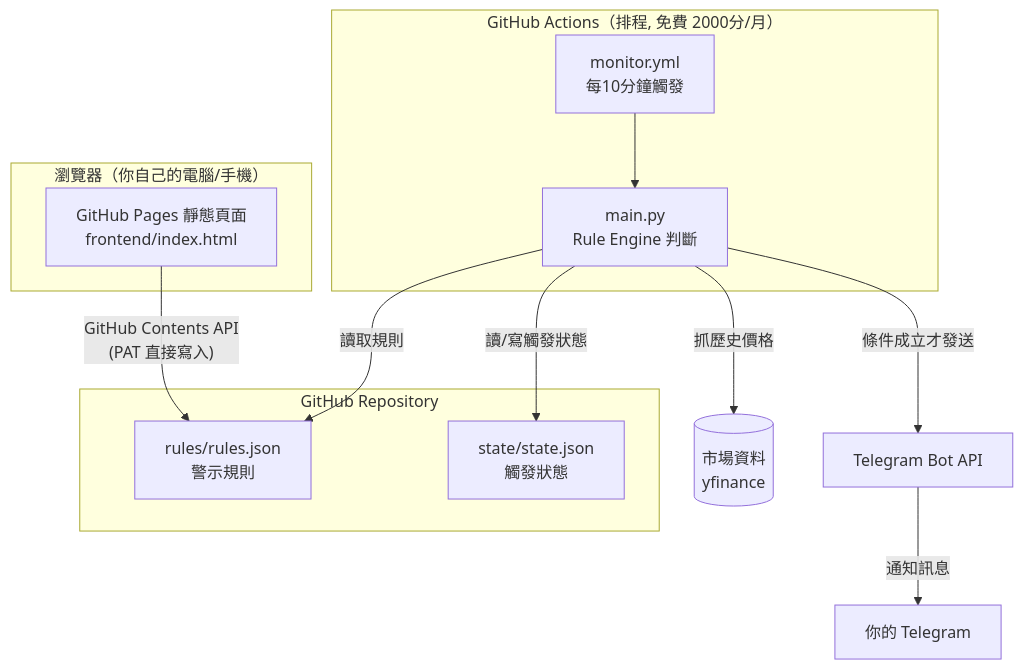
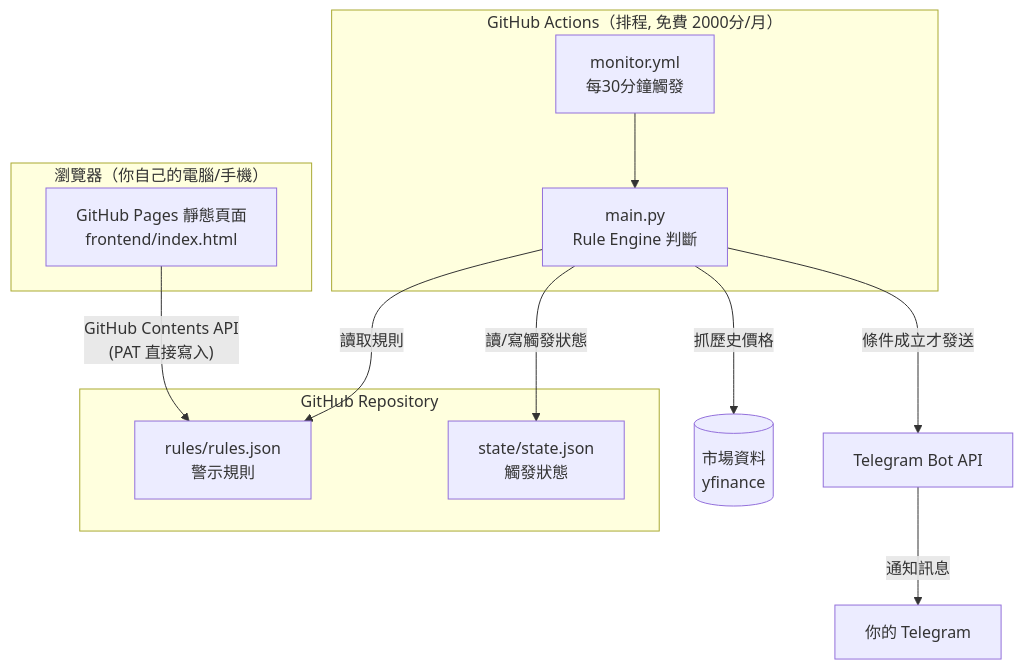
Before and after one commit to harvey20072000/stock-alert-system: the diagram in README.md, drawn with Mermaid. The commit also changed other lines of this file, not shown here.

````diff
--- a/README.md
+++ b/README.md
@@ -8,27 +8,27 @@
 ```mermaid
 flowchart TD
     subgraph Browser["瀏覽器（你自己的電腦/手機）"]
         UI[GitHub Pages 靜態頁面<br/>frontend/index.html]
     end
 
     subgraph Repo["GitHub Repository"]
         RJ[rules/rules.json<br/>警示規則]
         SJ[state/state.json<br/>觸發狀態]
     end
 
     subgraph Actions["GitHub Actions（排程, 免費 2000分/月）"]
-        CRON[monitor.yml<br/>每10分鐘觸發]
+        CRON[monitor.yml<br/>每30分鐘觸發]
         PY[main.py<br/>Rule Engine 判斷]
     end
 
     Market[("市場資料<br/>yfinance")]
     TG[Telegram Bot API]
 
     UI -->|"GitHub Contents API<br/>(PAT 直接寫入)"| RJ
     CRON --> PY
     PY -->|讀取規則| RJ
     PY -->|抓歷史價格| Market
     PY -->|讀/寫觸發狀態| SJ
     PY -->|條件成立才發送| TG
     TG -->|通知訊息| You["你的 Telegram"]
 ```
````
